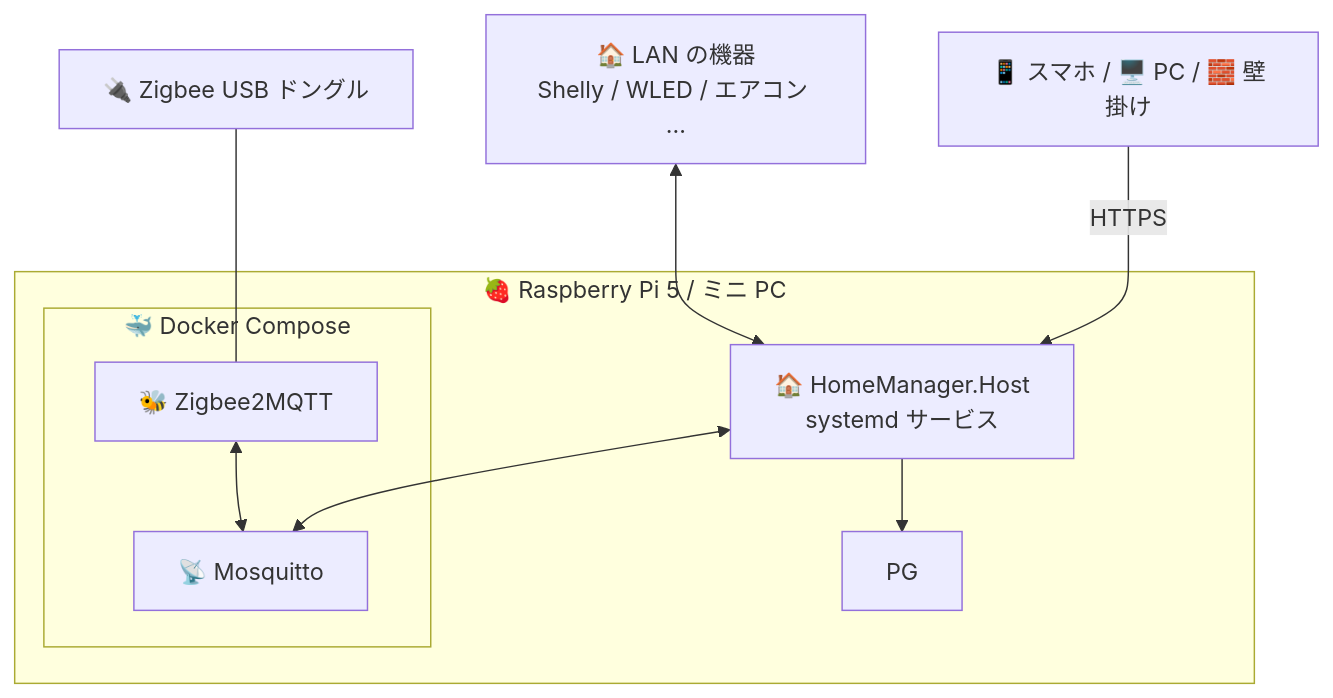
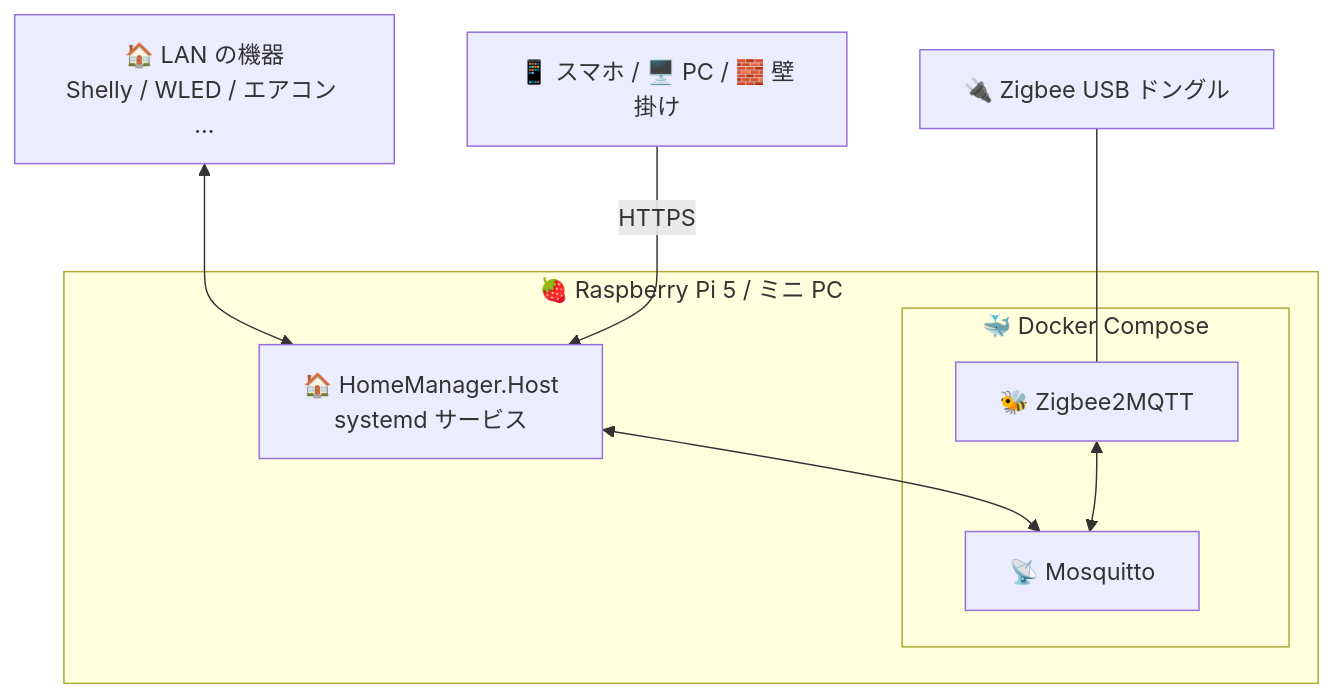
The fourth of 4 diagrams in docs/06-dotnet-architecture.md (usausa/home-manager), drawn with Mermaid before and after one commit. The commit also changed other lines of this file and 59 other files, not shown here.

````diff
--- a/docs/06-dotnet-architecture.md
+++ b/docs/06-dotnet-architecture.md
@@ -464,16 +465,15 @@
 ```mermaid
 flowchart TB
     subgraph Box["🍓 Raspberry Pi 5 / ミニ PC"]
         APP["🏠 HomeManager.Host<br/>systemd サービス"]
         subgraph Docker["🐳 Docker Compose"]
             MQ["📡 Mosquitto"]
             Z2M["🐝 Zigbee2MQTT"]
         end
-        APP --> PG
         APP <--> MQ
         Z2M <--> MQ
     end
     USB["🔌 Zigbee USB ドングル"] --- Z2M
     LAN["🏠 LAN の機器<br/>Shelly / WLED / エアコン …"] <--> APP
     PHONE["📱 スマホ / 🖥️ PC / 🧱 壁掛け"] -->|"HTTPS"| APP
 ```
````
